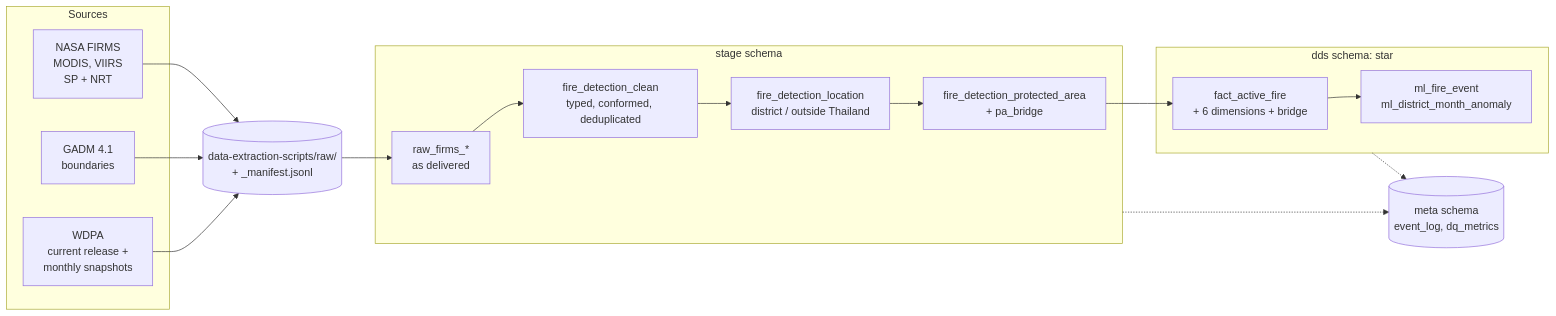
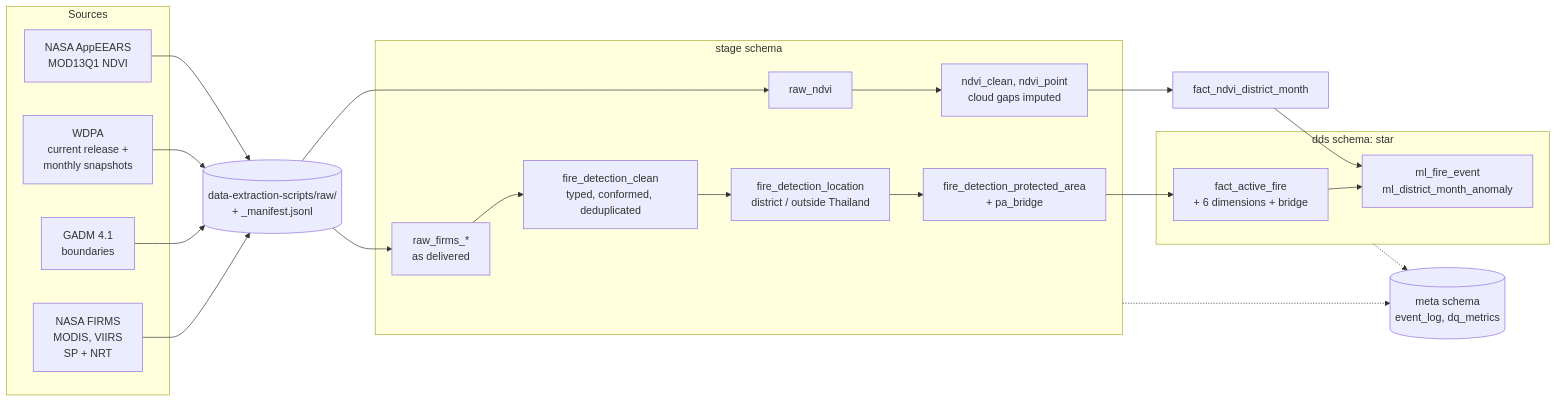
The diagram in README.md (shirajpng/fire-analysis-dwhm), drawn with Mermaid before and after one commit. The commit also changed other lines of this file and 10 other files, not shown here.

````diff
--- a/README.md
+++ b/README.md
@@ -15,24 +15,29 @@
 ```mermaid
 flowchart LR
     subgraph sources[Sources]
         F[NASA FIRMS<br/>MODIS, VIIRS<br/>SP + NRT]
         G[GADM 4.1<br/>boundaries]
         W[WDPA<br/>current release +<br/>monthly snapshots]
+        N[NASA AppEEARS<br/>MOD13Q1 NDVI]
     end
     R[(data-extraction-scripts/raw/<br/>+ _manifest.jsonl)]
     subgraph stage[stage schema]
         S1[raw_firms_*<br/>as delivered]
         S2[fire_detection_clean<br/>typed, conformed, deduplicated]
         S3[fire_detection_location<br/>district / outside Thailand]
         S4[fire_detection_protected_area<br/>+ pa_bridge]
+        S5[raw_ndvi]
+        S6[ndvi_clean, ndvi_point<br/>cloud gaps imputed]
     end
+    NV[fact_ndvi_district_month]
     subgraph dds[dds schema: star]
         D[fact_active_fire<br/>+ 6 dimensions + bridge]
         ML[ml_fire_event<br/>ml_district_month_anomaly]
     end
     M[(meta schema<br/>event_log, dq_metrics)]
-    F & G & W --> R
+    F & G & W & N --> R
     R --> S1 --> S2 --> S3 --> S4 --> D --> ML
+    R --> S5 --> S6 --> NV --> ML
     stage -.-> M
     dds -.-> M
 ```
````
